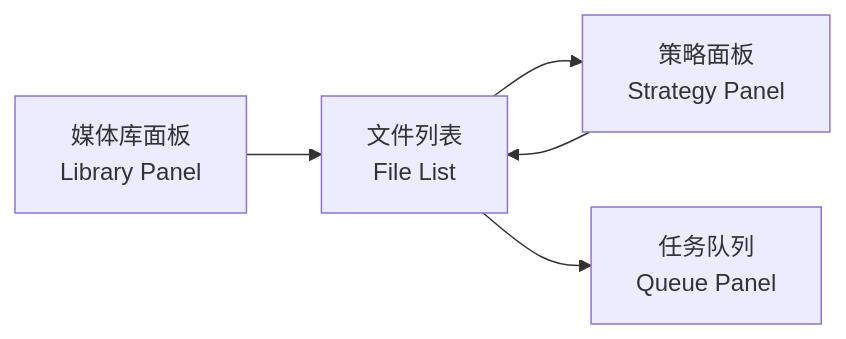
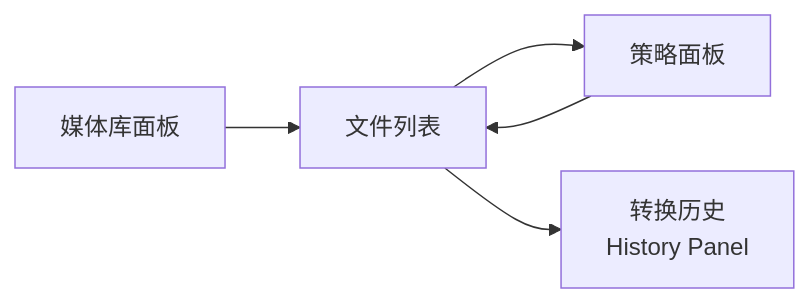
The first of 3 diagrams in README.md (jazz-zzzz/LeanReel), drawn with Mermaid before and after one commit. The commit also changed other lines of this file, not shown here.

Commit message:
docs: update README to reflect current state — AV1, unified history, direct I/O, audit sidecar

````diff
--- a/README.md
+++ b/README.md
@@ -68,7 +60,7 @@
 ```mermaid
 flowchart LR
-    A["媒体库面板<br/>Library Panel"] --> B["文件列表<br/>File List"]
-    B --> C["策略面板<br/>Strategy Panel"]
-    B --> D["任务队列<br/>Queue Panel"]
+    A["媒体库面板"] --> B["文件列表"]
+    B --> C["策略面板"]
     C --> B
+    B --> E["转换历史<br/>History Panel"]
 ```
````
